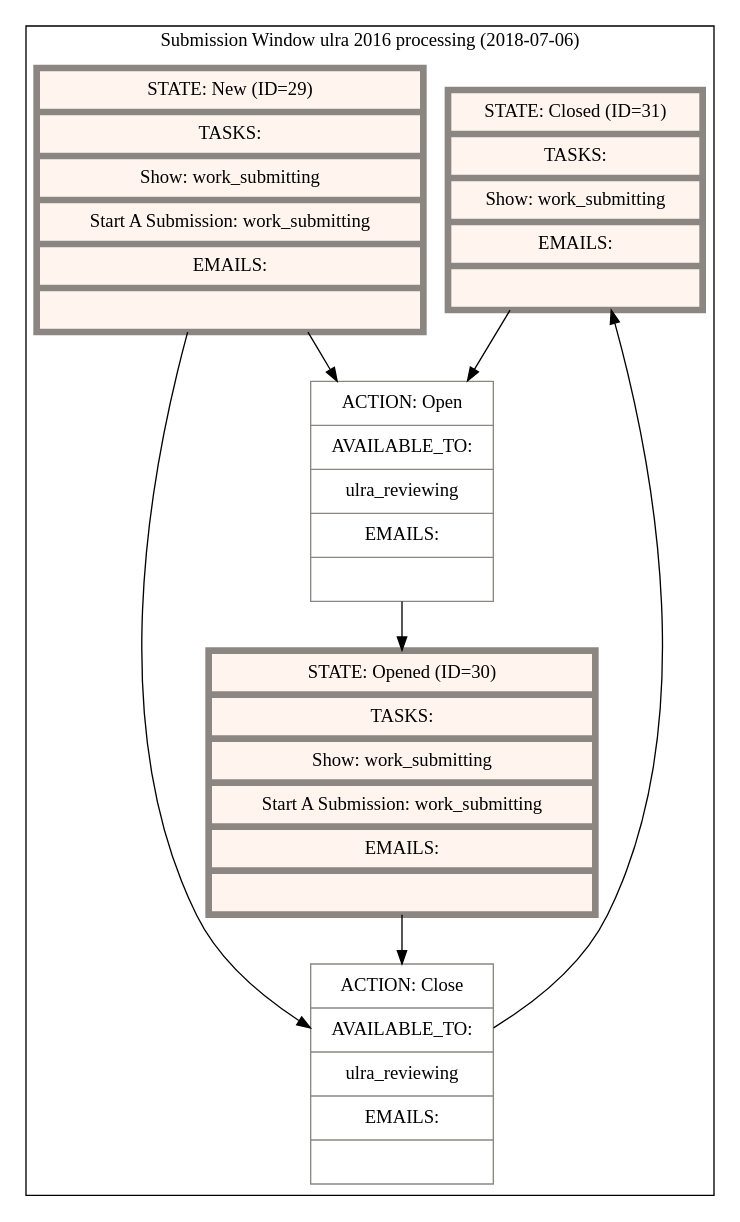
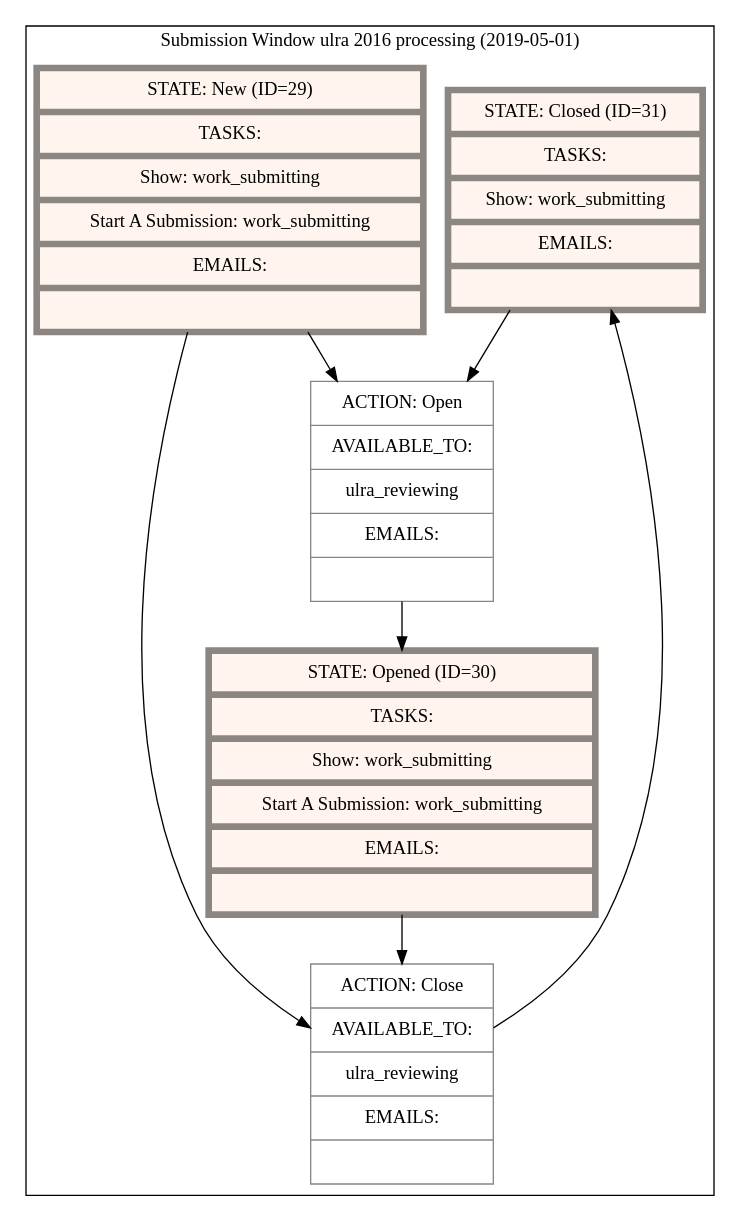
The diagram in artifacts/state_machines/submission_window_ulra_2016_processing.dot (ndlib/sipity), drawn with Graphviz before and after one commit. The commit also changed 5 other files, not shown here.

Commit message:
Updating state machine diagrams

```diff
--- a/artifacts/state_machines/submission_window_ulra_2016_processing.dot
+++ b/artifacts/state_machines/submission_window_ulra_2016_processing.dot
@@ -1,27 +1,27 @@
 digraph "G" {
   compound=true;
   node[color="grey15" margin="0.15, 0.125"];
   subgraph cluster_0 {
-    label="Submission Window ulra 2016 processing (2018-07-06)"
+    label="Submission Window ulra 2016 processing (2019-05-01)"
     node[style=filled fillcolor=white color="seashell4"]
     subgraph 0 {
       label="States";
       node[shape="record" fillcolor="seashell1" penwidth=5]
       state_closed [label="{ STATE: Closed (ID=31)| TASKS: | Show: work_submitting | EMAILS: |  }"]
       state_new [label="{ STATE: New (ID=29)| TASKS: | Show: work_submitting | Start A Submission: work_submitting | EMAILS: |  }"]
       state_opened [label="{ STATE: Opened (ID=30)| TASKS: | Show: work_submitting | Start A Submission: work_submitting | EMAILS: |  }"]
     }
     subgraph 1 {
       label="Actions"
       node[shape="record" shape=record penwidth=1]
         action_open [label="{ ACTION: Open | AVAILABLE_TO: | ulra_reviewing | EMAILS: |  }"]
         action_close [label="{ ACTION: Close | AVAILABLE_TO: | ulra_reviewing | EMAILS: |  }"]
     }
       state_closed -> action_open
       action_open -> state_opened
       state_new -> action_open
       state_new -> action_close
       action_close -> state_closed
       state_opened -> action_close
   }
 }
```
